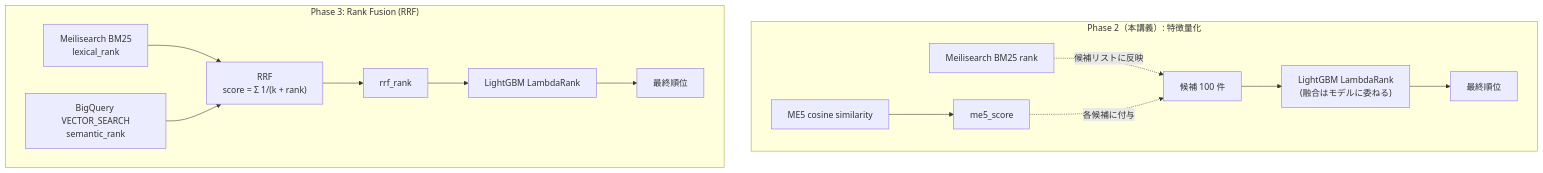
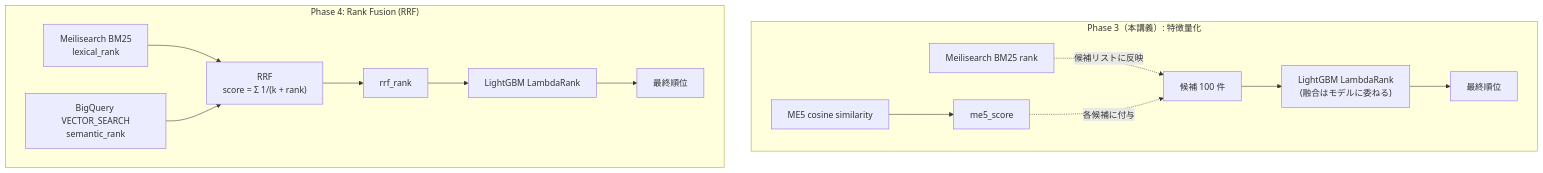
The sixth of 8 diagrams in 3/study-hybrid-search-local/docs/教育資料/05_図解.md (kurosawa-kuro/study-gcp-mlops), drawn with Mermaid before and after one commit. The commit also changed other lines of this file and 15 other files, not shown here.

````diff
--- a/3/study-hybrid-search-local/docs/教育資料/05_図解.md
+++ b/3/study-hybrid-search-local/docs/教育資料/05_図解.md
@@ -142,21 +142,21 @@
 ```mermaid
 flowchart TB
-    subgraph P2["Phase 2（本講義）: 特徴量化"]
+    subgraph P2["Phase 3（本講義）: 特徴量化"]
         L2[Meilisearch BM25 rank]
         S2[ME5 cosine similarity] --> M2[me5_score]
         L2 -. 候補リストに反映 .-> CAND2[候補 100 件]
         M2 -. 各候補に付与 .-> CAND2
         CAND2 --> LGBM2["LightGBM LambdaRank<br/>(融合はモデルに委ねる)"]
         LGBM2 --> O2[最終順位]
     end
 
-    subgraph P3["Phase 3: Rank Fusion (RRF)"]
+    subgraph P3["Phase 4: Rank Fusion (RRF)"]
         L3[Meilisearch BM25<br/>lexical_rank]
         S3[BigQuery VECTOR_SEARCH<br/>semantic_rank]
         L3 --> RRF["RRF<br/>score = Σ 1/(k + rank)"]
         S3 --> RRF
         RRF --> RRF_RANK[rrf_rank]
         RRF_RANK --> LGBM3[LightGBM LambdaRank]
         LGBM3 --> O3[最終順位]
     end
 ```
````
